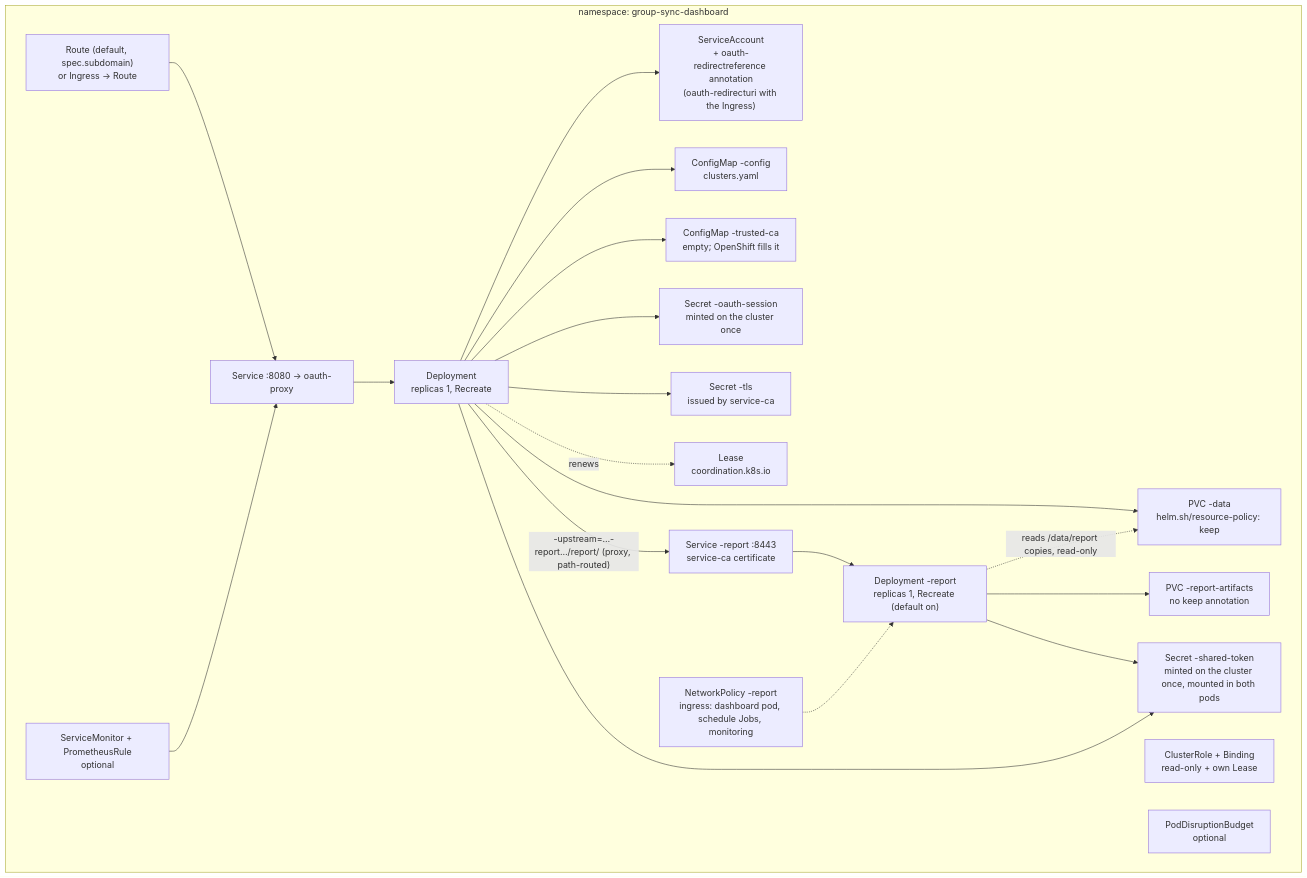
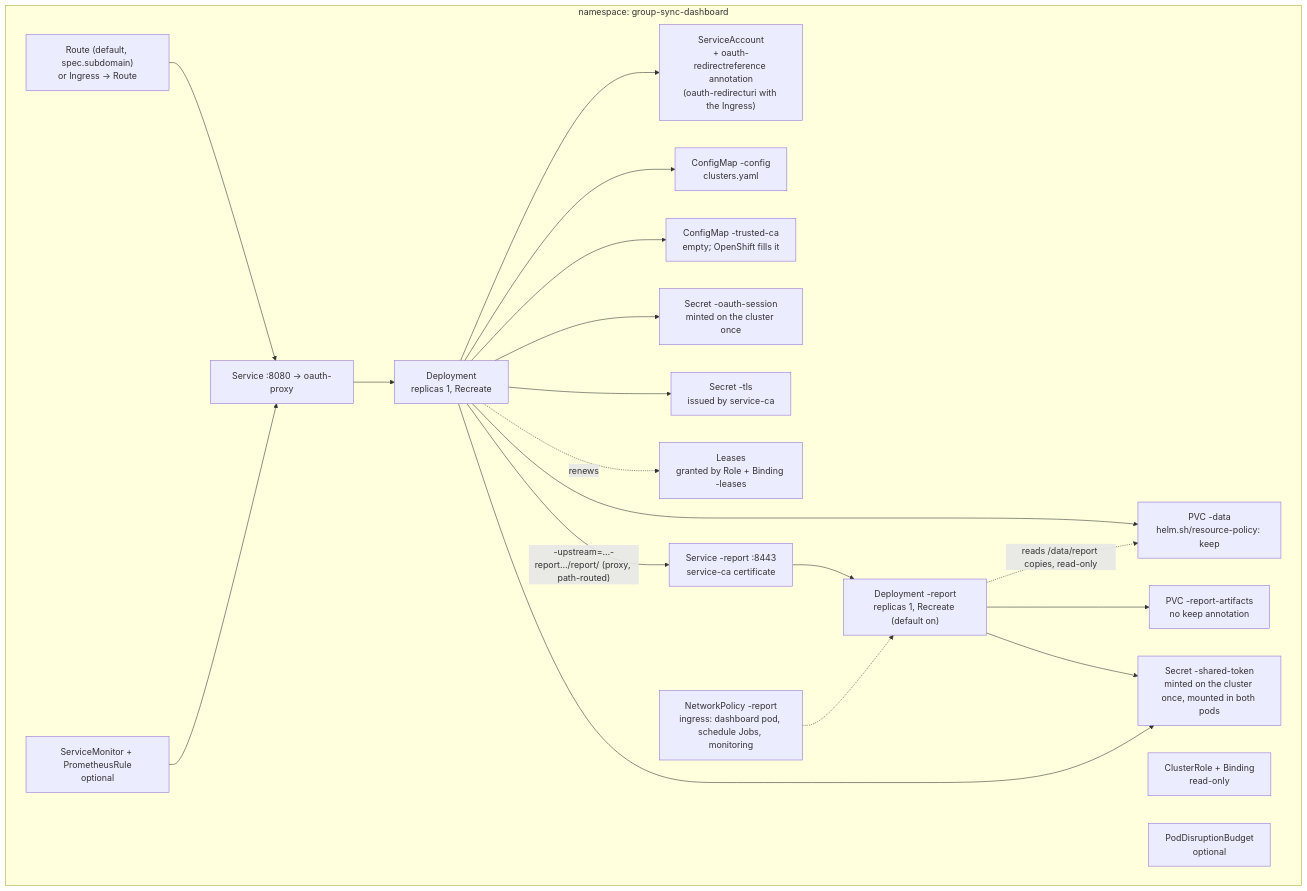
One commit to ephico2real2/group-sync-dashboard changed the eighth of 10 diagrams in docs/reference-architecture.md. Above: the diagram before and after it, drawn with Mermaid. The commit also changed other lines of this file and 10 other files, not shown here.

Commit message:
#420 step 2: the ClusterRole's Lease rule is removed; the dashboard's Leases are granted only by the namespaced Role — applied from SPEC_G4's 16 step-2 blocks; chart 0.66.3; G4 merged

````diff
--- a/docs/reference-architecture.md
+++ b/docs/reference-architecture.md
@@ -1132,34 +1139,34 @@
 ```mermaid
 flowchart TB
   subgraph ns["namespace: group-sync-dashboard"]
     sa["ServiceAccount<br/>+ oauth-redirectreference annotation<br/>(oauth-redirecturi with the Ingress)"]
-    cr["ClusterRole + Binding<br/>read-only + own Lease"]
+    cr["ClusterRole + Binding<br/>read-only"]
     cm["ConfigMap -config<br/>clusters.yaml"]
     tca["ConfigMap -trusted-ca<br/>empty; OpenShift fills it"]
     sec["Secret -oauth-session<br/>minted on the cluster once"]
     tls["Secret -tls<br/>issued by service-ca"]
     dep["Deployment<br/>replicas 1, Recreate"]
     pvc["PVC -data<br/>helm.sh/resource-policy: keep"]
     svc["Service :8080 → oauth-proxy"]
     ing["Route (default, spec.subdomain)<br/>or Ingress → Route"]
-    lease["Lease<br/>coordination.k8s.io"]
+    lease["Leases<br/>granted by Role + Binding -leases"]
     pdb["PodDisruptionBudget<br/>optional"]
     sm["ServiceMonitor + PrometheusRule<br/>optional"]
     rdep["Deployment -report<br/>replicas 1, Recreate (default on)"]
     rsvc["Service -report :8443<br/>service-ca certificate"]
     rpvc["PVC -report-artifacts<br/>no keep annotation"]
     rsec["Secret -shared-token<br/>minted on the cluster once, mounted in both pods"]
     rnp["NetworkPolicy -report<br/>ingress: dashboard pod, schedule Jobs, monitoring"]
   end
   dep --> cm & tca & sec & tls & pvc & sa
   svc --> dep
   ing --> svc
   sm --> svc
   dep -.->|renews| lease
   dep -->|"-upstream=…-report…/report/ (proxy, path-routed)"| rsvc
   rsvc --> rdep
   rdep --> rpvc & rsec
   rdep -.->|"reads /data/report copies, read-only"| pvc
   dep --> rsec
   rnp -.-> rdep
 ```
````
